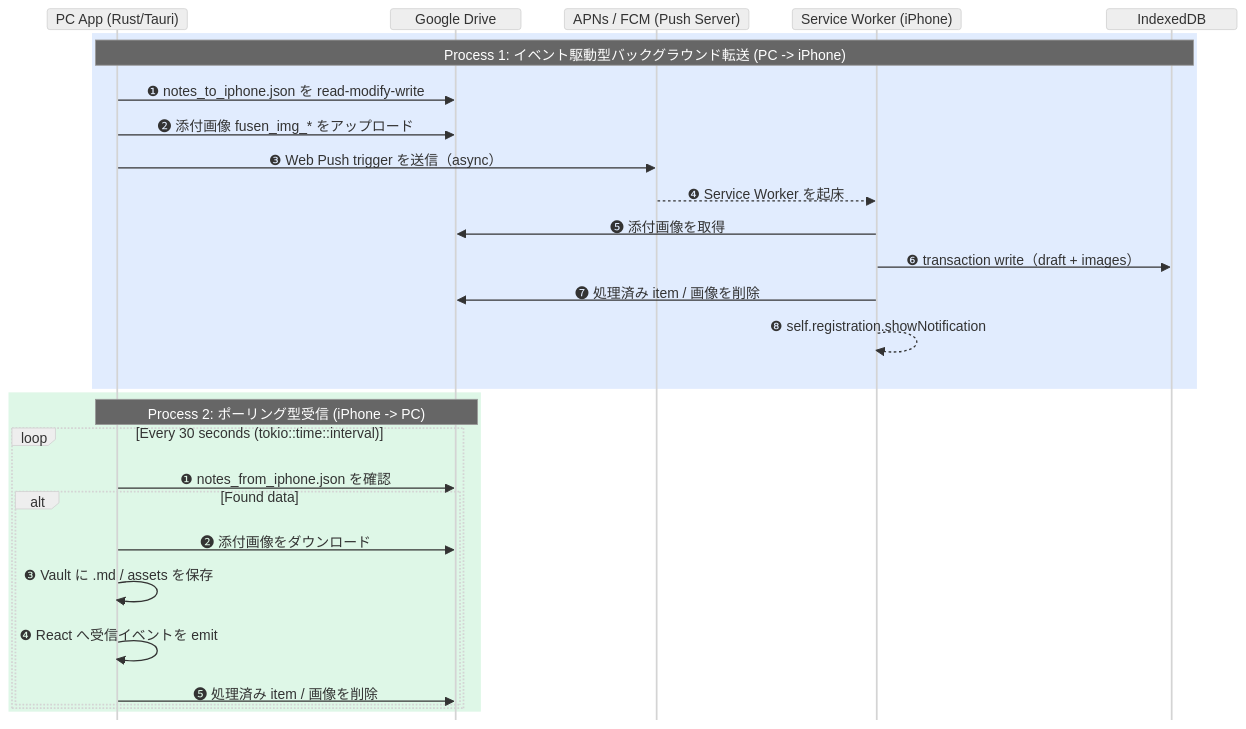
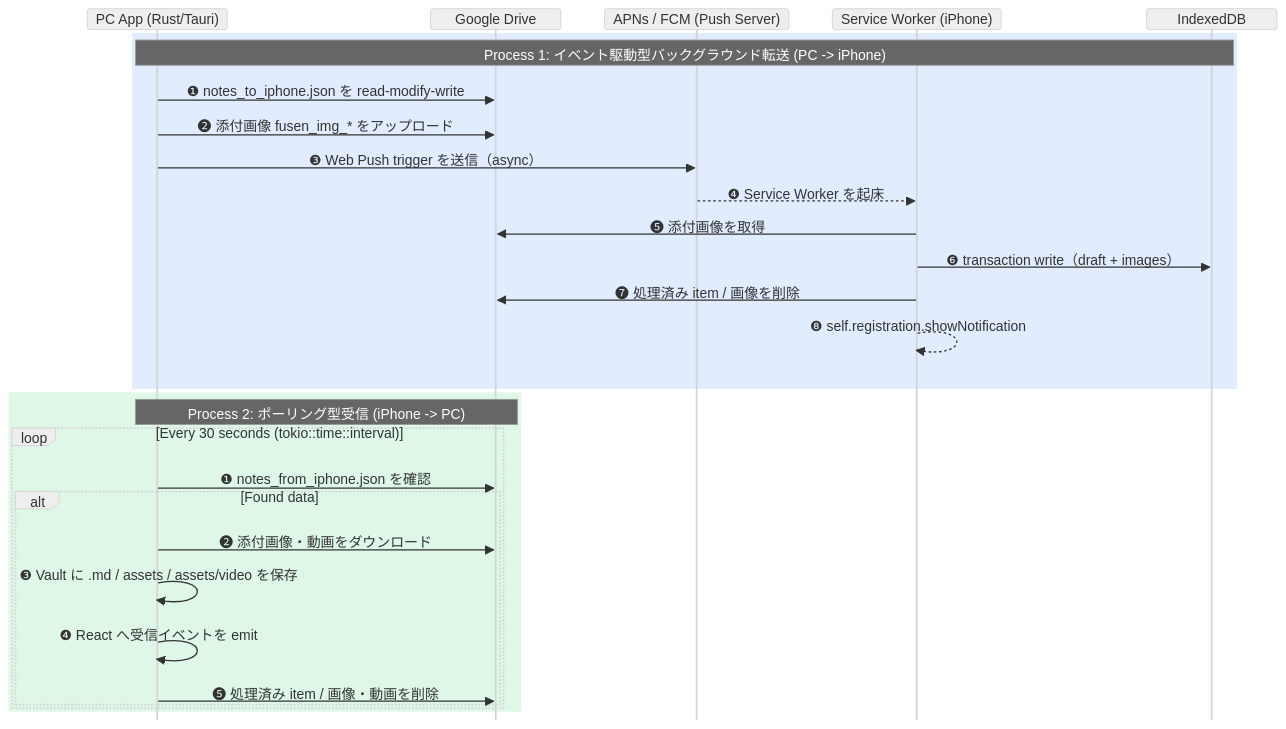
Before and after one commit to ore-no-fusen/ore-no-fusen: the second of 3 diagrams in docs-v2/006_ARCHITECTURE.md, drawn with Mermaid (neutral theme). The commit also changed other lines of this file and 26 other files, not shown here.

````diff
--- a/docs-v2/006_ARCHITECTURE.md
+++ b/docs-v2/006_ARCHITECTURE.md
@@ -89,34 +89,34 @@
 ```mermaid
 %%{init: {'sequence': {'messageMargin': 8, 'mirrorActors': false, 'height': 24, 'boxMargin': 4, 'noteMargin': 6}}}%%
 sequenceDiagram
     participant PC as PC App (Rust/Tauri)
     participant Drive as Google Drive
     participant Push as APNs / FCM (Push Server)
     participant SW as Service Worker (iPhone)
     participant IDB as IndexedDB
     
     rect rgba(59, 130, 246, 0.15)
     Note over PC,IDB: Process 1: イベント駆動型バックグラウンド転送 (PC -> iPhone)
     PC->>Drive: ❶ notes_to_iphone.json を read-modify-write
     PC->>Drive: ❷ 添付画像 fusen_img_* をアップロード
     PC->>Push: ❸ Web Push trigger を送信（async）
     Push-->>SW: ❹ Service Worker を起床
     SW->>Drive: ❺ 添付画像を取得
     SW->>IDB: ❻ transaction write（draft + images）
     SW->>Drive: ❼ 処理済み item / 画像を削除
     SW-->>SW: ❽ self.registration.showNotification
     end
 
     rect rgba(34, 197, 94, 0.15)
     Note over PC,Drive: Process 2: ポーリング型受信 (iPhone -> PC)
     loop Every 30 seconds (tokio::time::interval)
         PC->>Drive: ❶ notes_from_iphone.json を確認
         alt Found data
-            PC->>Drive: ❷ 添付画像をダウンロード
-            PC->>PC: ❸ Vault に .md / assets を保存
+            PC->>Drive: ❷ 添付画像・動画をダウンロード
+            PC->>PC: ❸ Vault に .md / assets / assets/video を保存
             PC->>PC: ❹ React へ受信イベントを emit
-            PC->>Drive: ❺ 処理済み item / 画像を削除
+            PC->>Drive: ❺ 処理済み item / 画像・動画を削除
         end
     end
     end
 ```
````
